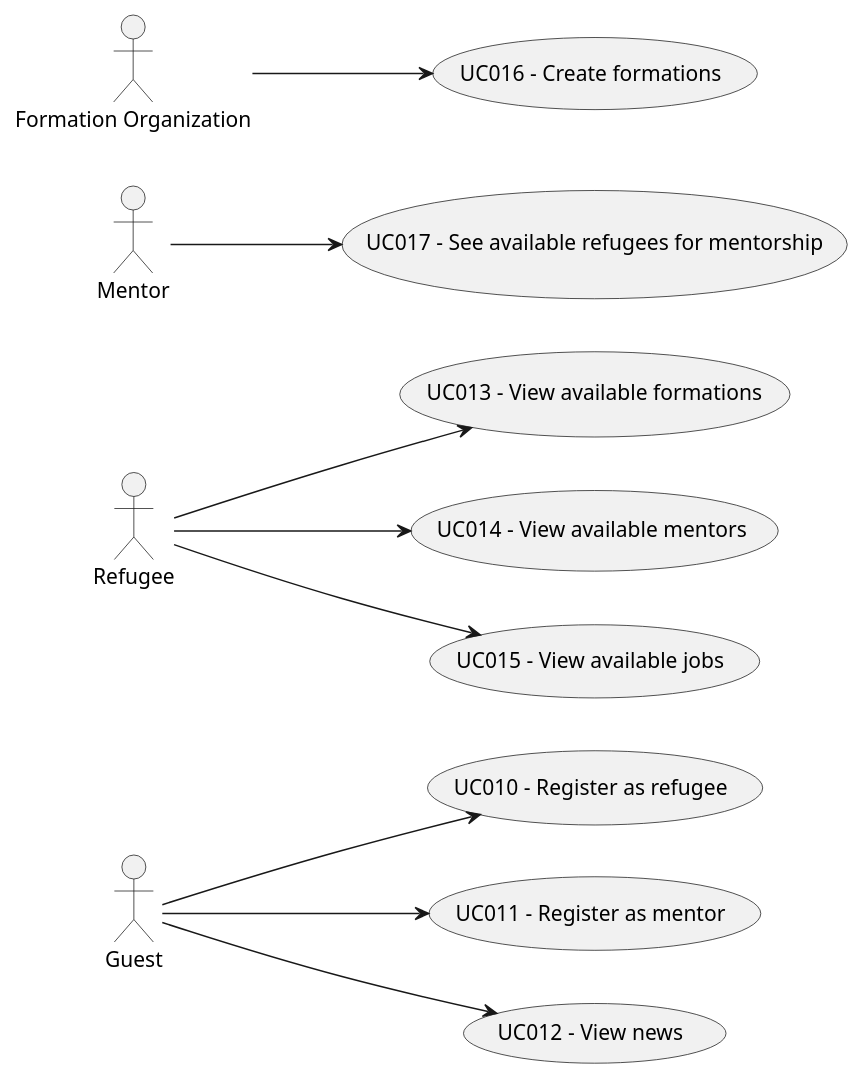
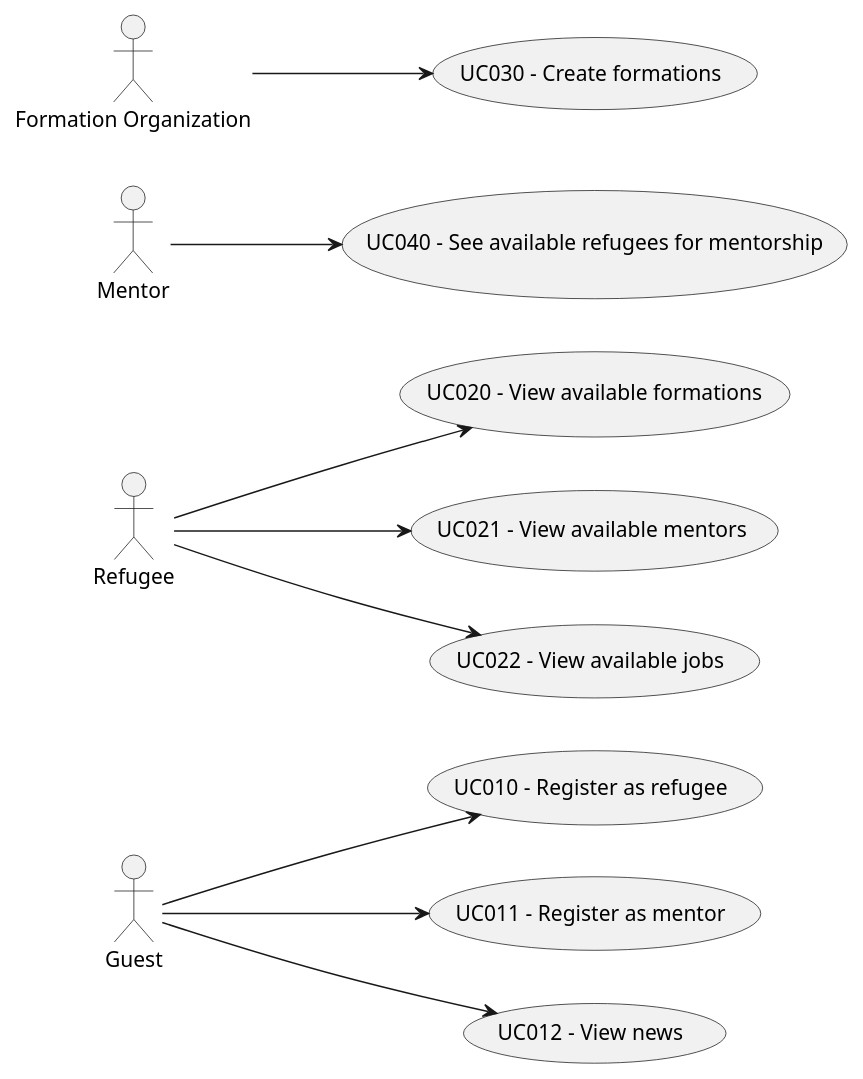
Before and after one commit to kanzodotjava/RefugeeLINK: the diagram in Doc/Requirements/puml/UseCaseDiagram.puml, drawn with PlantUML.

Commit message:
Update use case diagram

```diff
--- a/Doc/Requirements/puml/UseCaseDiagram.puml
+++ b/Doc/Requirements/puml/UseCaseDiagram.puml
@@ -1,28 +1,28 @@
 @startuml
 
 left to right direction
 
 actor "Guest" as Guest
 actor "Refugee" as Refugee
 actor "Mentor" as Mentor
 actor "Formation Organization" as Org
 
 usecase "UC010 - Register as refugee" as UC010
 usecase "UC011 - Register as mentor" as UC011
 usecase "UC012 - View news" as UC012
-usecase "UC013 - View available formations" as UC013
-usecase "UC014 - View available mentors" as UC014
-usecase "UC015 - View available jobs" as UC015
-usecase "UC016 - Create formations" as UC016
-usecase "UC017 - See available refugees for mentorship" as UC017
+usecase "UC020 - View available formations" as UC020
+usecase "UC021 - View available mentors" as UC021
+usecase "UC022 - View available jobs" as UC022
+usecase "UC030 - Create formations" as UC030
+usecase "UC040 - See available refugees for mentorship" as UC040
 
 Guest --> UC010
 Guest --> UC011
 Guest --> UC012
-Refugee --> UC013
-Refugee --> UC014
-Refugee --> UC015
-Mentor --> UC017
-Org --> UC016
+Refugee --> UC020
+Refugee --> UC021
+Refugee --> UC022
+Mentor --> UC040
+Org --> UC030
 
 @enduml
```
